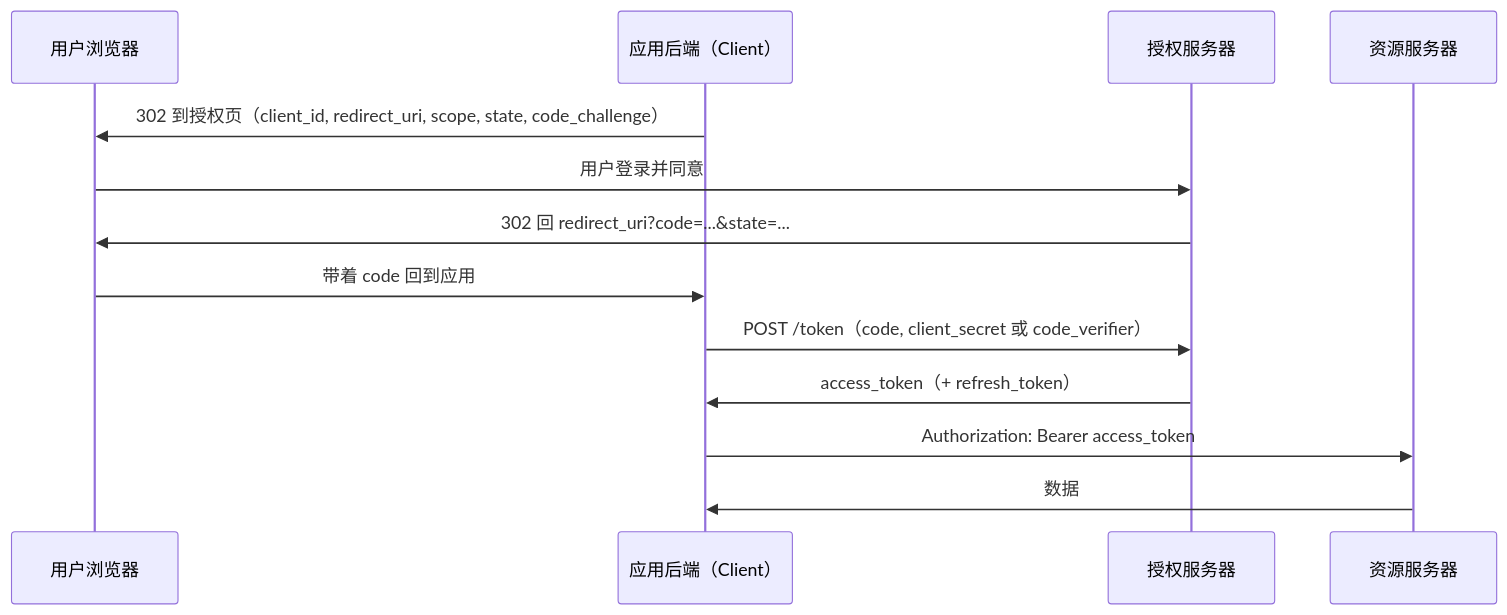
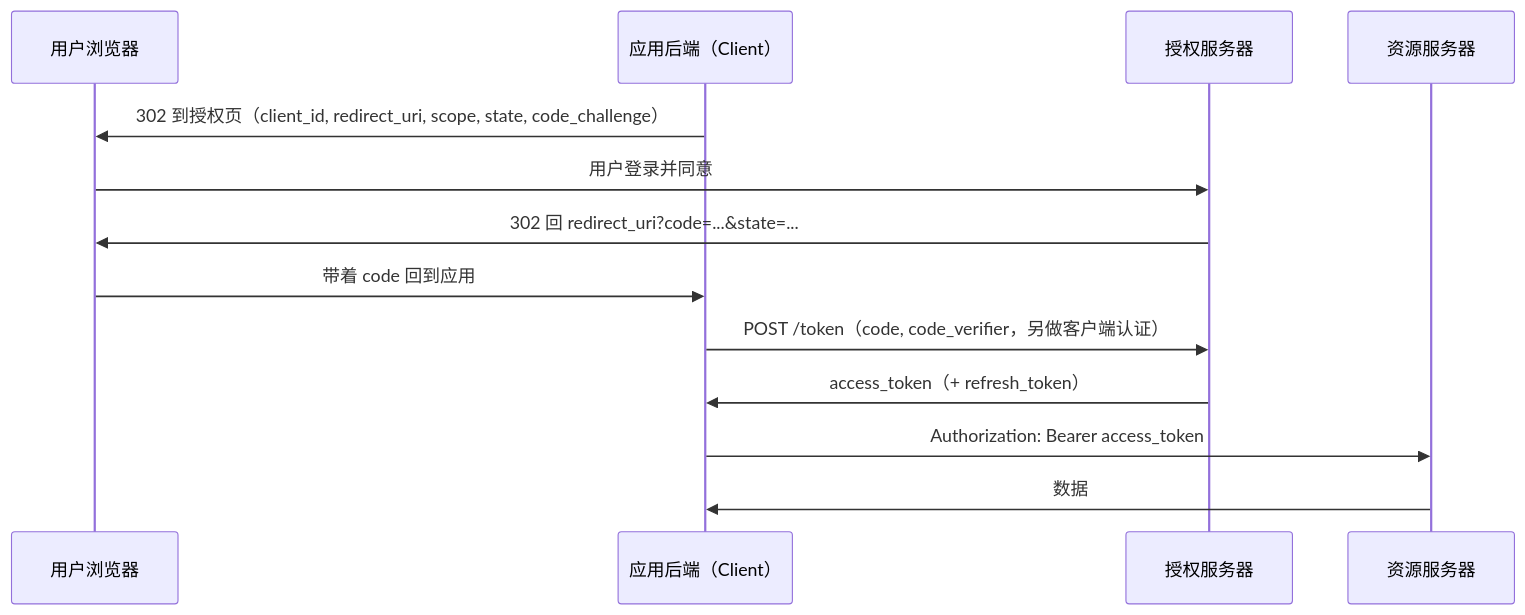
Before and after one commit to PerfectPan/wiki: the first of 2 diagrams in wiki/topics/architecture/OAuth.md, drawn with Mermaid. The commit also changed other lines of this file and 2 other files, not shown here.

First line of the commit message:
docs(auth): clarify token validation and revocation tradeoffs

````diff
--- a/wiki/topics/architecture/OAuth.md
+++ b/wiki/topics/architecture/OAuth.md
@@ -68,15 +68,15 @@
 ```mermaid
 sequenceDiagram
   participant U as 用户浏览器
   participant C as 应用后端（Client）
   participant A as 授权服务器
   participant R as 资源服务器
   C->>U: 302 到授权页（client_id, redirect_uri, scope, state, code_challenge）
   U->>A: 用户登录并同意
   A->>U: 302 回 redirect_uri?code=...&state=...
   U->>C: 带着 code 回到应用
-  C->>A: POST /token（code, client_secret 或 code_verifier）
+  C->>A: POST /token（code, code_verifier，另做客户端认证）
   A->>C: access_token（+ refresh_token）
   C->>R: Authorization: Bearer access_token
   R->>C: 数据
 ```
````
